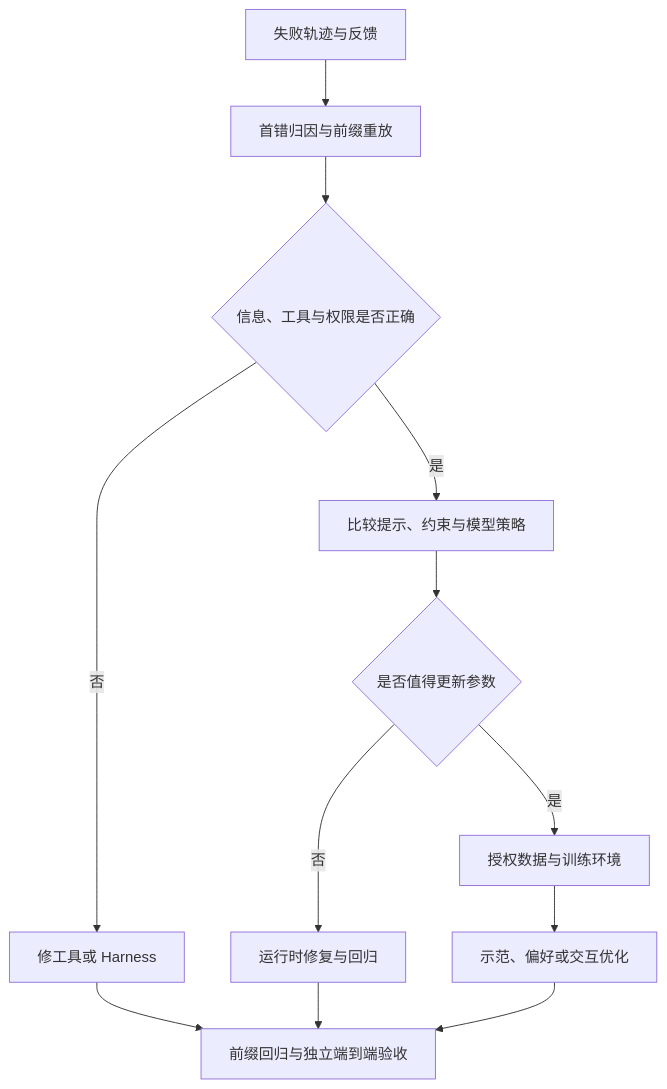
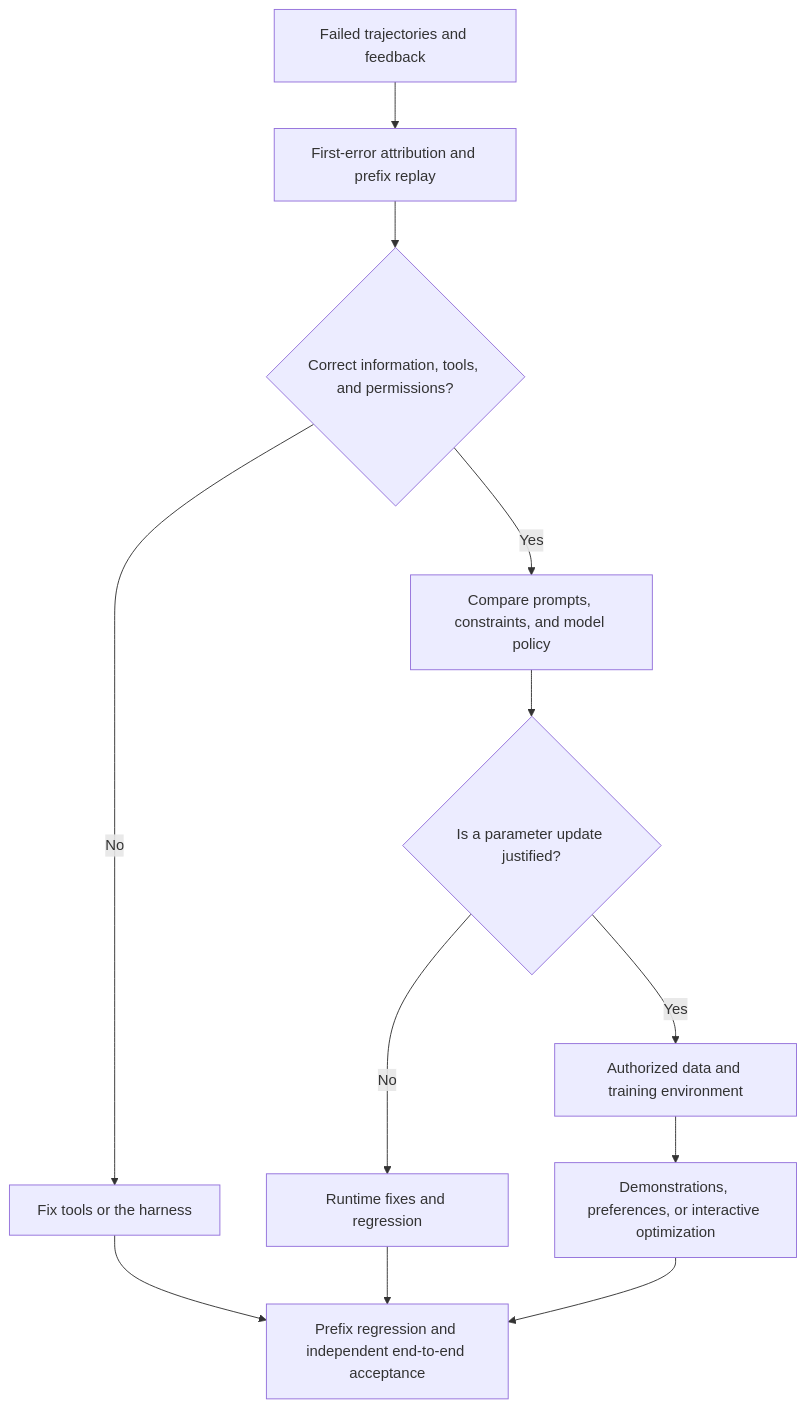
The first of 2 diagrams in docs/agent/07-post-training/25-agent-post-training.md (oneleaveknowsthefall/awesome-ai-roadmap), drawn with Mermaid before and after one commit. The commit also changed other lines of this file and 68 other files, not shown here.

````diff
--- a/docs/agent/07-post-training/25-agent-post-training.md
+++ b/docs/agent/07-post-training/25-agent-post-training.md
@@ -76,14 +76,14 @@
 ```mermaid
 flowchart TD
-    F["失败轨迹与反馈"] --> A["首错归因与前缀重放"]
-    A --> B{"信息、工具与权限是否正确"}
-    B -->|否| H["修工具或 Harness"]
-    B -->|是| P["比较提示、约束与模型策略"]
-    P --> C{"是否值得更新参数"}
-    C -->|否| R["运行时修复与回归"]
-    C -->|是| D["授权数据与训练环境"]
-    D --> T["示范、偏好或交互优化"]
-    H --> E["前缀回归与独立端到端验收"]
+    F["Failed trajectories and feedback"] --> A["First-error attribution and prefix replay"]
+    A --> B{"Correct information, tools, and permissions?"}
+    B -->|No| H["Fix tools or the harness"]
+    B -->|Yes| P["Compare prompts, constraints, and model policy"]
+    P --> C{"Is a parameter update justified?"}
+    C -->|No| R["Runtime fixes and regression"]
+    C -->|Yes| D["Authorized data and training environment"]
+    D --> T["Demonstrations, preferences, or interactive optimization"]
+    H --> E["Prefix regression and independent end-to-end acceptance"]
     R --> E
     T --> E
 ```
````
